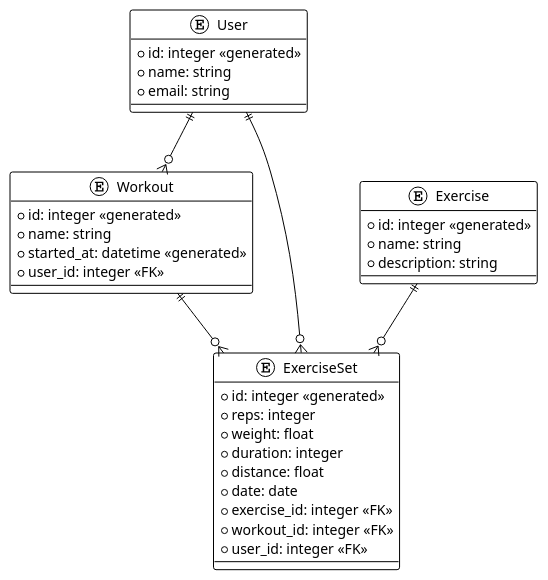
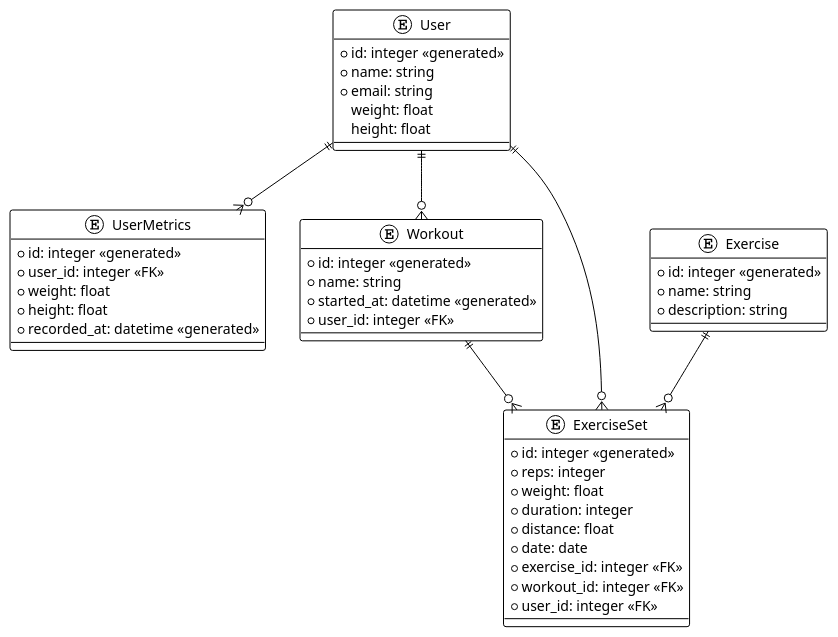
One commit to enisbukalo/Kratos changed the diagram in Backend/documentation/models.puml. Above: the diagram before and after it, drawn with PlantUML. The commit also changed 2 other files, not shown here.

```diff
--- a/Backend/documentation/models.puml
+++ b/Backend/documentation/models.puml
@@ -1,40 +1,51 @@
 @startuml
 !theme plain
 
 entity User {
   * id: integer <<generated>>
   * name: string
   * email: string
+  weight: float
+  height: float
+}
+
+entity UserMetrics {
+  * id: integer <<generated>>
+  * user_id: integer <<FK>>
+  * weight: float
+  * height: float
+  * recorded_at: datetime <<generated>>
 }
 
 entity Workout {
   * id: integer <<generated>>
   * name: string
   * started_at: datetime <<generated>>
   * user_id: integer <<FK>>
 }
 
 entity Exercise {
   * id: integer <<generated>>
   * name: string
   * description: string
 }
 
 entity ExerciseSet {
   * id: integer <<generated>>
   * reps: integer
   * weight: float
   * duration: integer
   * distance: float
   * date: date
   * exercise_id: integer <<FK>>
   * workout_id: integer <<FK>>
   * user_id: integer <<FK>>
 }
 
+User ||--o{ UserMetrics
 User ||--o{ Workout
 User ||--o{ ExerciseSet
 Workout ||--o{ ExerciseSet
 Exercise ||--o{ ExerciseSet
 
 @enduml
```
